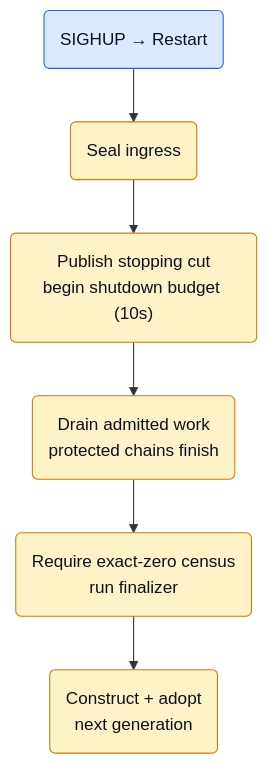
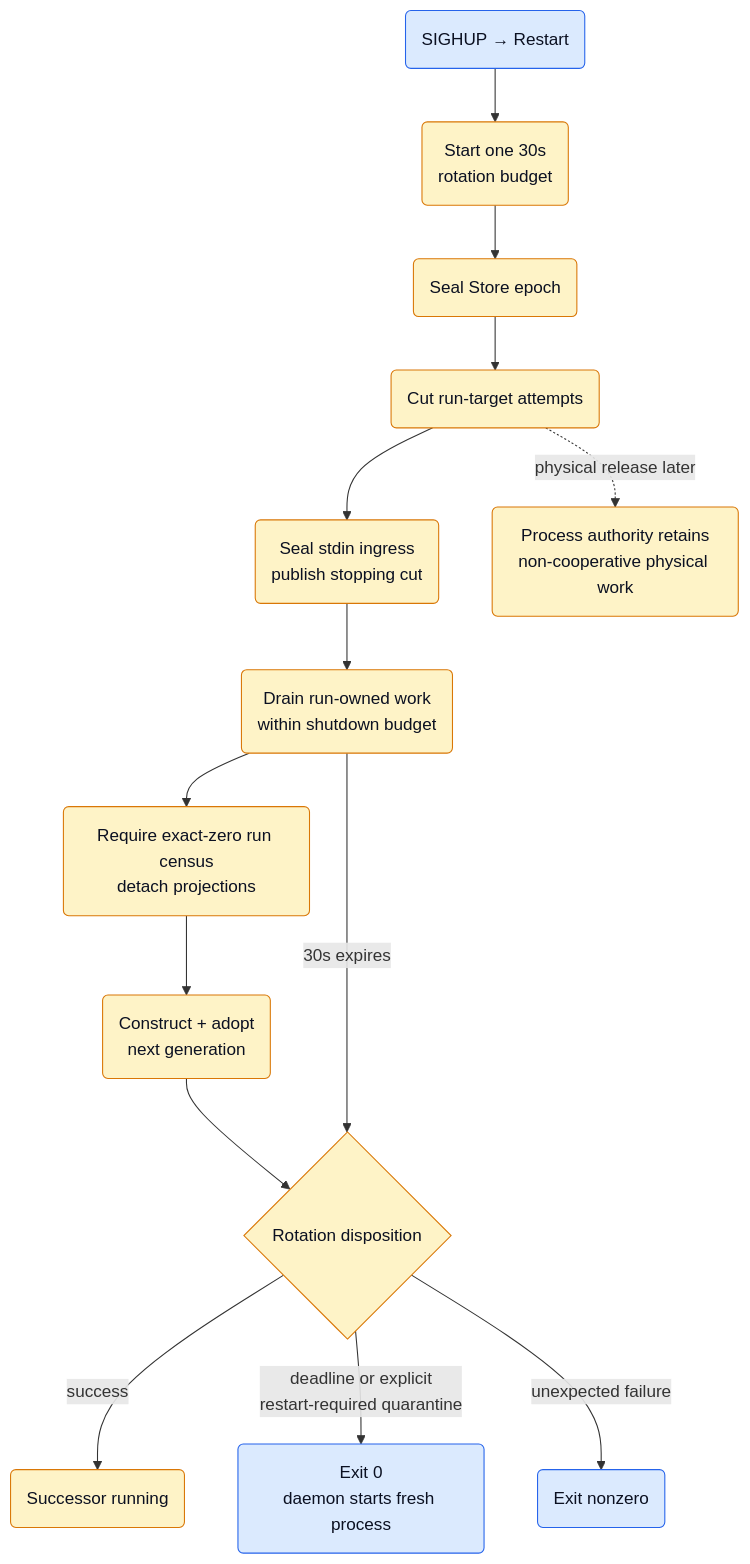
Before and after one commit to netdata/netdata: diagram 11 of 11 in src/go/plugin/agent/jobmgr/ARCHITECTURE.md, drawn with Mermaid. The commit also changed other lines of this file and 161 other files, not shown here.

Commit message:
feat(go.d/jobmgr): contain non-cooperative plugin operations (#23299)

````diff
--- a/src/go/plugin/agent/jobmgr/ARCHITECTURE.md
+++ b/src/go/plugin/agent/jobmgr/ARCHITECTURE.md
@@ -474,16 +945,27 @@
 ```mermaid
 flowchart TD
     HUP("SIGHUP → Restart")
-    Seal("Seal ingress")
-    Cut("Publish stopping cut<br/>begin shutdown budget (10s)")
-    Drain("Drain admitted work<br/>protected chains finish")
-    Census("Require exact-zero census<br/>run finalizer")
+    Budget("Start one 30s<br/>rotation budget")
+    Seal("Seal Store epoch")
+    Cut("Cut run-target attempts")
+    Ingress("Seal stdin ingress<br/>publish stopping cut")
+    Drain("Drain run-owned work<br/>within shutdown budget")
+    Census("Require exact-zero run census<br/>detach projections")
     Next("Construct + adopt<br/>next generation")
+    Retained("Process authority retains<br/>non-cooperative physical work")
+    Recover{"Rotation disposition"}
+    Fresh("Exit 0<br/>daemon starts fresh process")
+    Fail("Exit nonzero")
 
-    HUP --> Seal --> Cut --> Drain --> Census --> Next
+    HUP --> Budget --> Seal --> Cut --> Ingress --> Drain --> Census --> Next --> Recover
+    Drain -->|"30s expires"| Recover
+    Recover -->|"success"| NextRun("Successor running")
+    Recover -->|"deadline or explicit<br/>restart-required quarantine"| Fresh
+    Recover -->|"unexpected failure"| Fail
+    Cut -. "physical release later" .-> Retained
 
     classDef ext fill:#dbeafe,stroke:#2563eb,color:#0b1021;
     classDef core fill:#fef3c7,stroke:#d97706,color:#0b1021;
-    class HUP ext;
-    class Seal,Cut,Drain,Census,Next core;
+    class HUP,Fresh,Fail ext;
+    class Budget,Seal,Cut,Ingress,Drain,Census,Next,Retained,Recover,NextRun core;
 ```
````
